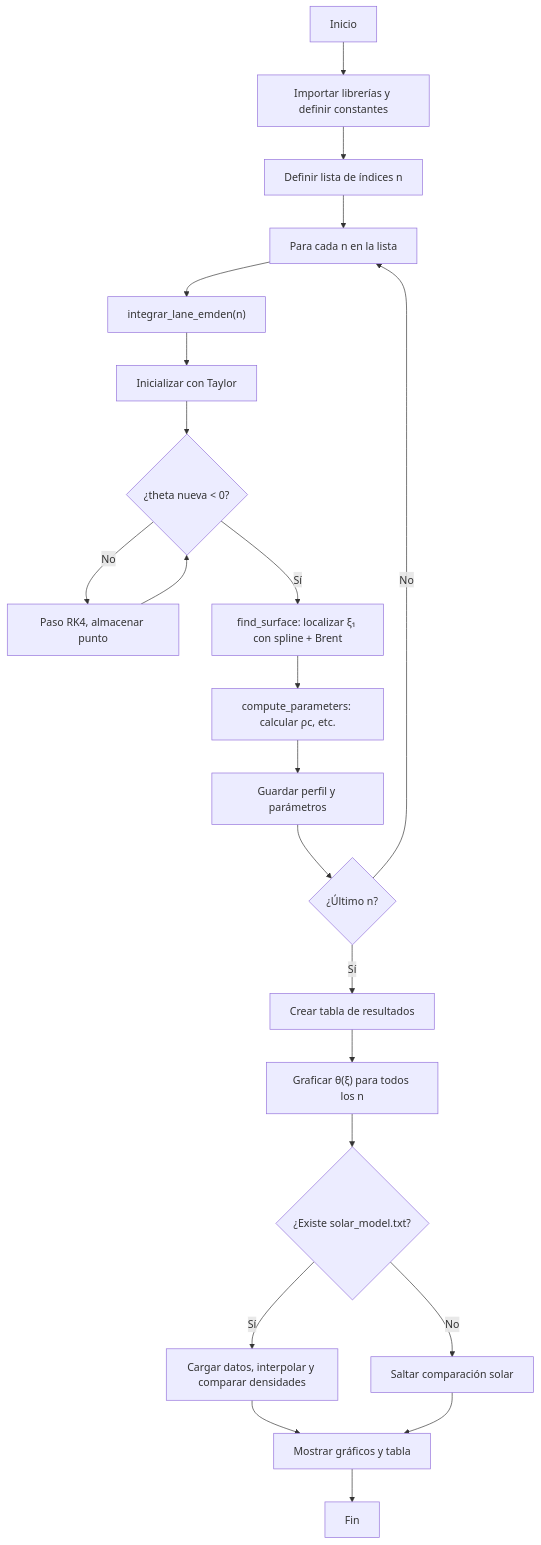
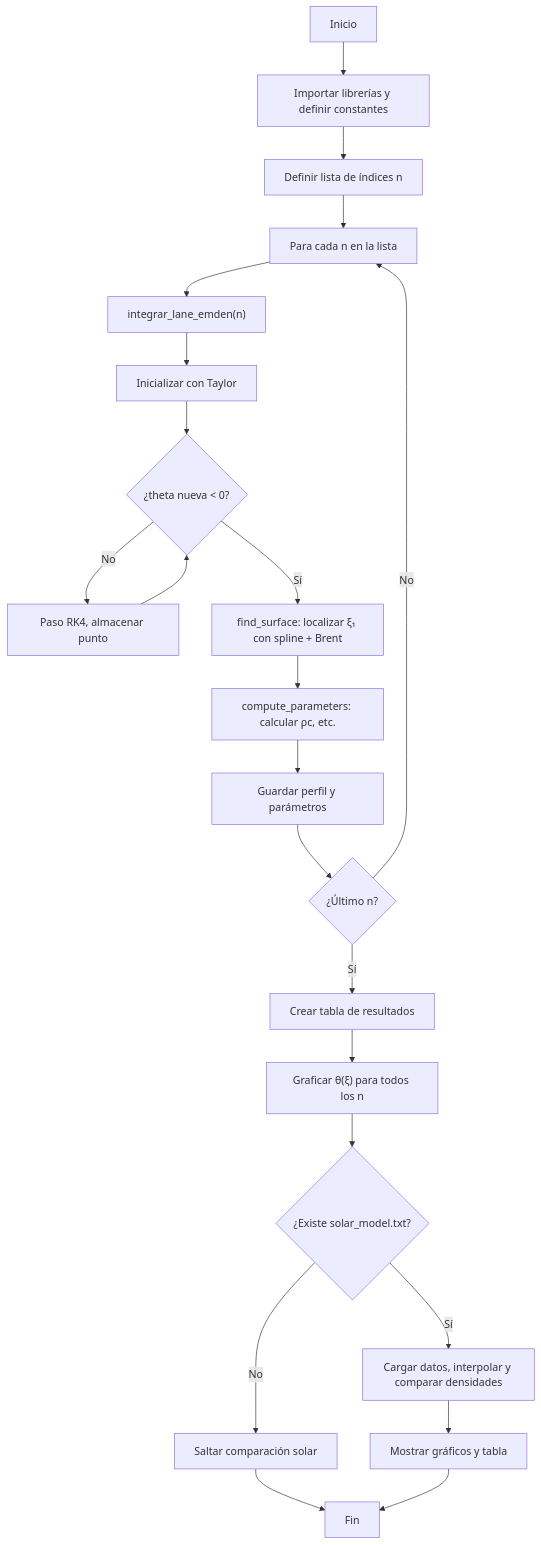
The diagram in Lane_Edem_Project/readme.md (Ronaldlop/Computational-Astrophysics), drawn with Mermaid before and after one commit. The commit also changed 1 other file, not shown here.

Commit message:
Añadí el enalce al drive que lleva al video de exposición

```diff
--- a/Lane_Edem_Project/readme.md
+++ b/Lane_Edem_Project/readme.md
@@ -1,24 +1,24 @@
 ::: mermaid
 flowchart TD
     A[Inicio] --> B[Importar librerías y definir constantes]
     B --> C[Definir lista de índices n]
     C --> D[Para cada n en la lista]
     D --> E["integrar_lane_emden(n)"]
     E --> F["Inicializar con Taylor"]
     F --> G{"¿theta nueva < 0?"}
     G -- No --> H[Paso RK4, almacenar punto]
     H --> G
     G -- Sí --> I["find_surface: localizar ξ₁ con spline + Brent"]
     I --> J["compute_parameters: calcular ρc, etc."]
     J --> K[Guardar perfil y parámetros]
     K --> L{"¿Último n?"}
     L -- No --> D
     L -- Sí --> M[Crear tabla de resultados]
     M --> N["Graficar θ(ξ) para todos los n"]
     N --> O{"¿Existe solar_model.txt?"}
     O -- Sí --> P[Cargar datos, interpolar y comparar densidades]
     O -- No --> Q[Saltar comparación solar]
     P --> R[Mostrar gráficos y tabla]
-    Q --> R[Mostrar gráficos y tabla]
+    Q --> S
     R --> S[Fin]
 :::
```
